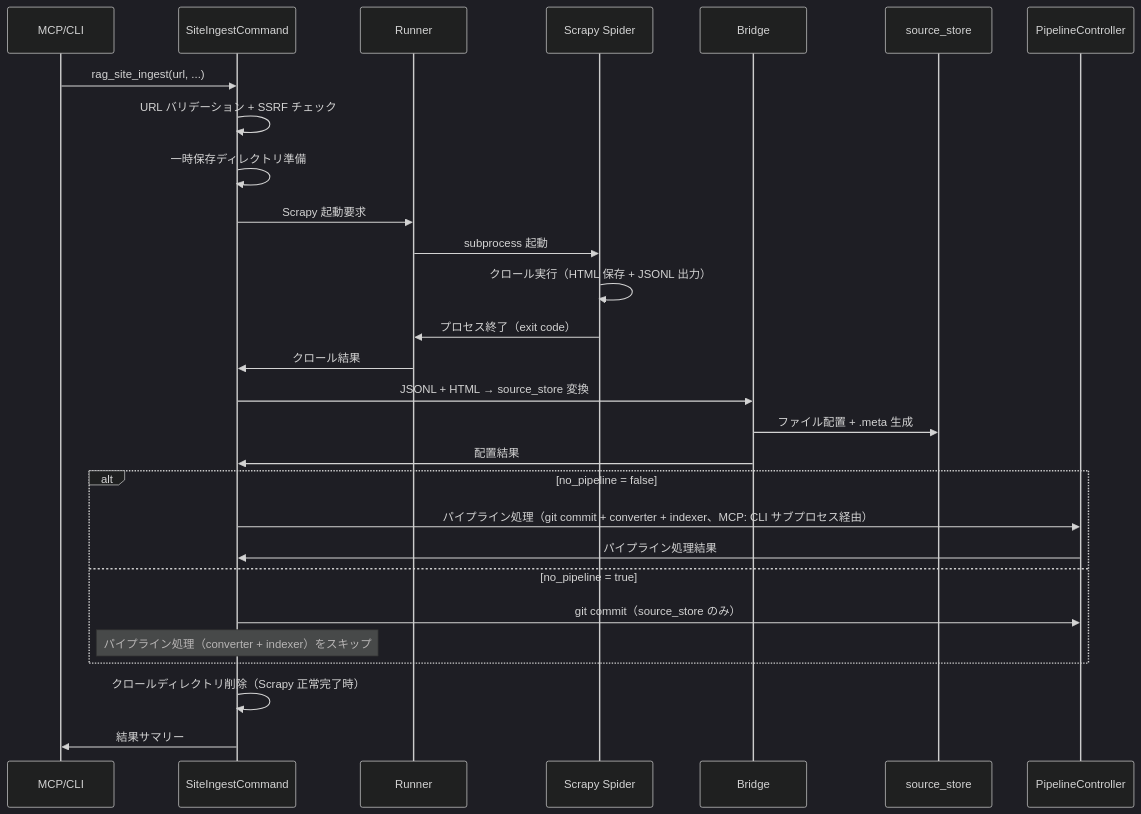
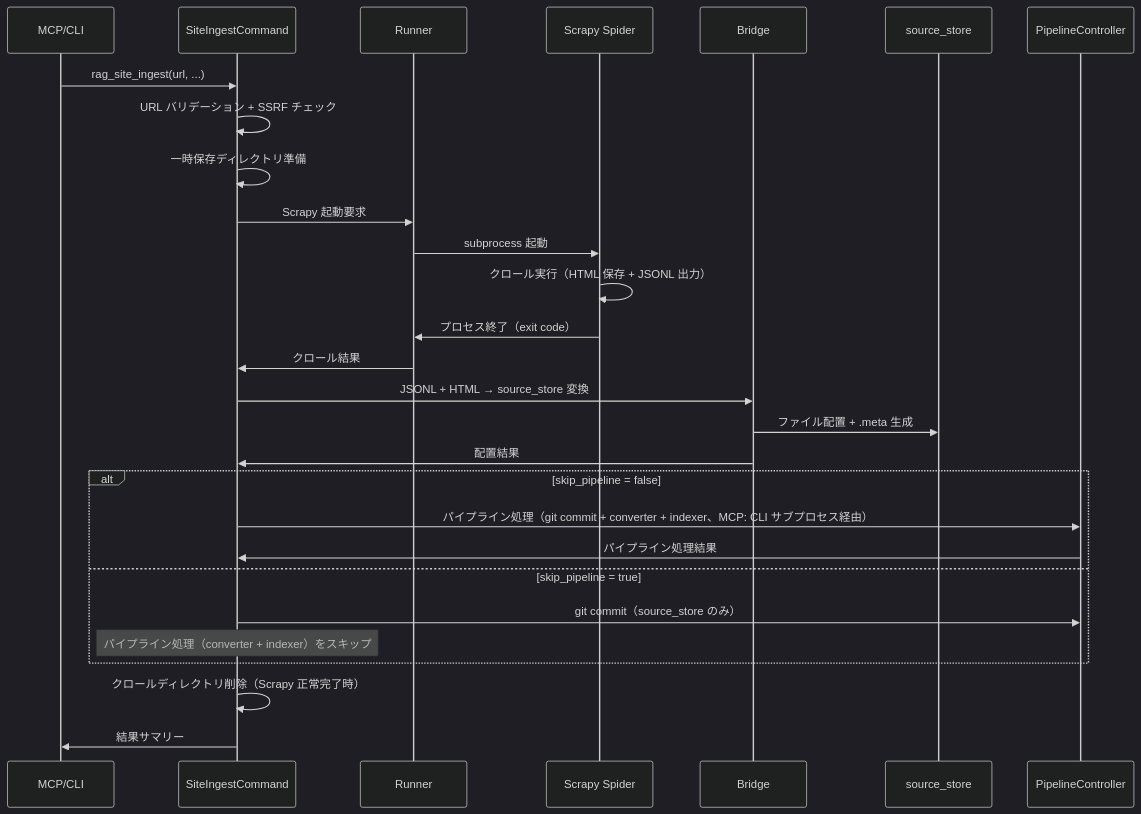
The second of 2 diagrams in docs/specs/site-ingest.md (becky3/rag-knowledge), drawn with Mermaid (dark theme) before and after one commit. The commit also changed other lines of this file and 22 other files, not shown here.

First line of the commit message:
refactor: --no-pipeline / defer_indexing を skip_pipeline に命名統一 (#757)

````diff
--- a/docs/specs/site-ingest.md
+++ b/docs/specs/site-ingest.md
@@ -395,31 +395,31 @@
 ```mermaid
 sequenceDiagram
     participant USER as MCP/CLI
     participant CMD as SiteIngestCommand
     participant RUNNER as Runner
     participant SPIDER as Scrapy Spider
     participant BRIDGE as Bridge
     participant SS as source_store
     participant PC as PipelineController
 
     USER->>CMD: rag_site_ingest(url, ...)
     CMD->>CMD: URL バリデーション + SSRF チェック
     CMD->>CMD: 一時保存ディレクトリ準備
     CMD->>RUNNER: Scrapy 起動要求
     RUNNER->>SPIDER: subprocess 起動
     SPIDER->>SPIDER: クロール実行（HTML 保存 + JSONL 出力）
     SPIDER->>RUNNER: プロセス終了（exit code）
     RUNNER->>CMD: クロール結果
     CMD->>BRIDGE: JSONL + HTML → source_store 変換
     BRIDGE->>SS: ファイル配置 + .meta 生成
     BRIDGE->>CMD: 配置結果
-    alt no_pipeline = false
+    alt skip_pipeline = false
         CMD->>PC: パイプライン処理（git commit + converter + indexer、MCP: CLI サブプロセス経由）
         PC->>CMD: パイプライン処理結果
-    else no_pipeline = true
+    else skip_pipeline = true
         CMD->>PC: git commit（source_store のみ）
         Note over CMD: パイプライン処理（converter + indexer）をスキップ
     end
     CMD->>CMD: クロールディレクトリ削除（Scrapy 正常完了時）
     CMD->>USER: 結果サマリー
 ```
````
